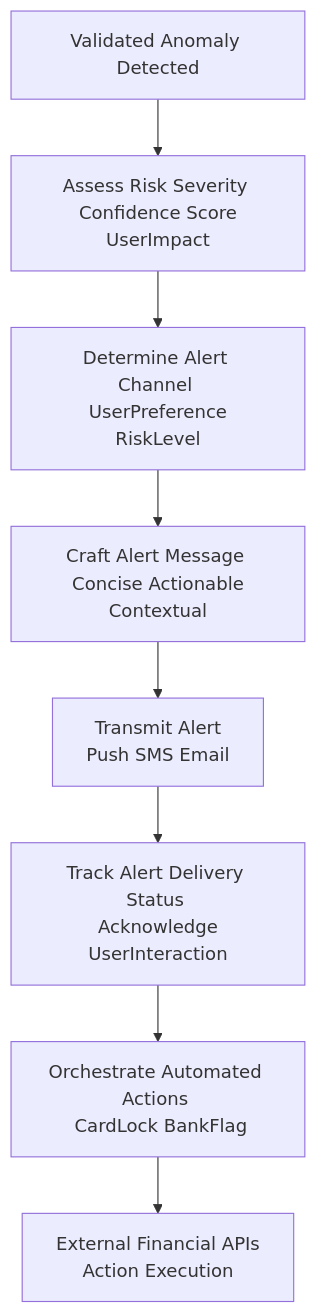
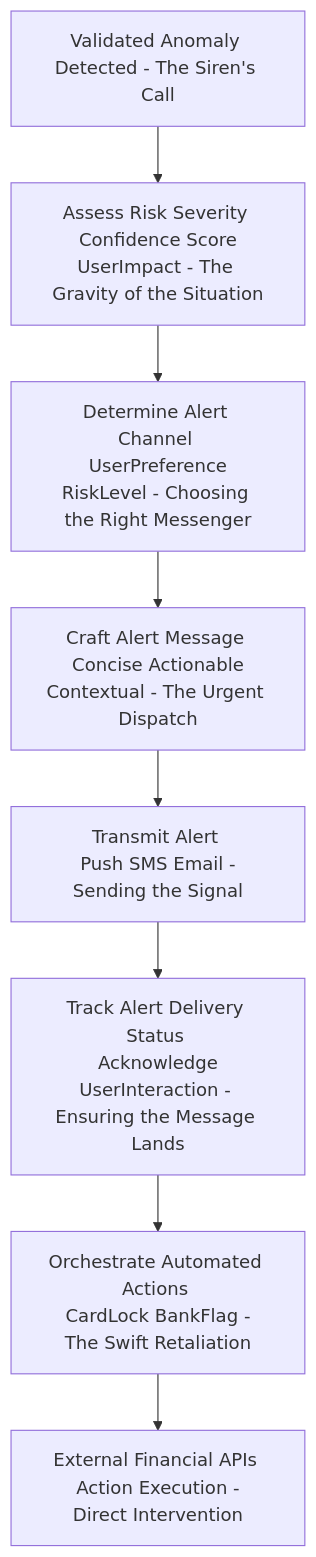
Before and after one commit to diplomat-bit/Citibank_Demo_Business_Inc_Demonstration-: the sixth of 10 diagrams in inventions/inventions/006_ai_subscription_detection/009_ai_financial_anomaly_detection.md, drawn with Mermaid. The commit also changed other lines of this file, not shown here.

````diff
--- a/inventions/inventions/006_ai_subscription_detection/009_ai_financial_anomaly_detection.md
+++ b/inventions/inventions/006_ai_subscription_detection/009_ai_financial_anomaly_detection.md
@@ -224,10 +224,10 @@
 ```mermaid
 graph TD
-    A[Validated Anomaly Detected] --> B[Assess Risk Severity <br/> Confidence Score UserImpact]
-    B --> C[Determine Alert Channel <br/> UserPreference RiskLevel]
-    C --> D[Craft Alert Message <br/> Concise Actionable Contextual]
-    D --> E[Transmit Alert <br/> Push SMS Email]
-    E --> F[Track Alert Delivery Status <br/> Acknowledge UserInteraction]
-    F --> G[Orchestrate Automated Actions <br/> CardLock BankFlag]
-    G --> H[External Financial APIs <br/> Action Execution]
+    A[Validated Anomaly Detected - The Siren's Call] --> B[Assess Risk Severity <br/> Confidence Score UserImpact - The Gravity of the Situation]
+    B --> C[Determine Alert Channel <br/> UserPreference RiskLevel - Choosing the Right Messenger]
+    C --> D[Craft Alert Message <br/> Concise Actionable Contextual - The Urgent Dispatch]
+    D --> E[Transmit Alert <br/> Push SMS Email - Sending the Signal]
+    E --> F[Track Alert Delivery Status <br/> Acknowledge UserInteraction - Ensuring the Message Lands]
+    F --> G[Orchestrate Automated Actions <br/> CardLock BankFlag - The Swift Retaliation]
+    G --> H[External Financial APIs <br/> Action Execution - Direct Intervention]
 ```
````
